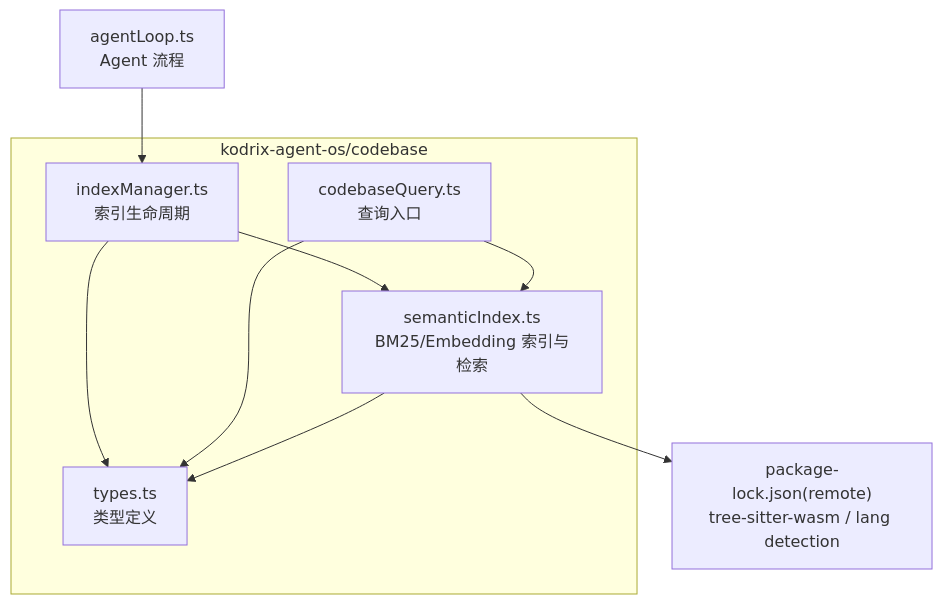
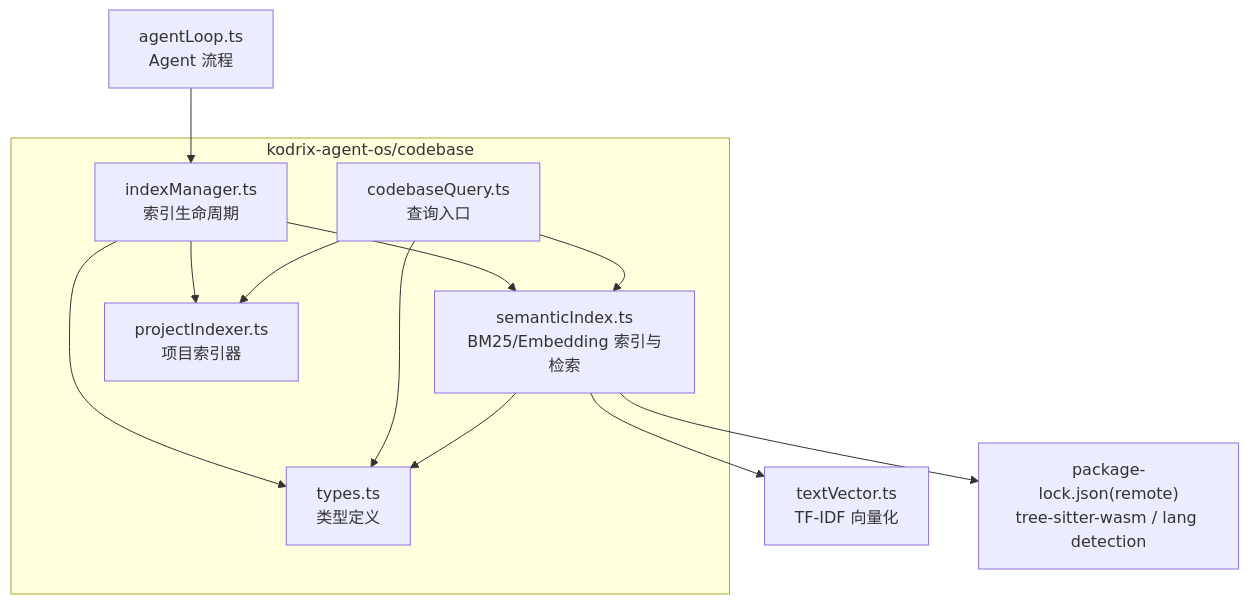
One commit to sofate798/KodrixCode changed the first of 6 diagrams in .qoder/repowiki/zh/content/架构设计/代码库智能架构/语义索引构建.md. Above: the diagram before and after it, drawn with Mermaid. The commit also changed other lines of this file and 4 other files, not shown here.

````diff
--- a/.qoder/repowiki/zh/content/架构设计/代码库智能架构/语义索引构建.md
+++ b/.qoder/repowiki/zh/content/架构设计/代码库智能架构/语义索引构建.md
@@ -44,18 +59,23 @@
 ```mermaid
 graph TB
 subgraph "kodrix-agent-os/codebase"
 T["types.ts<br/>类型定义"]
 SI["semanticIndex.ts<br/>BM25/Embedding 索引与检索"]
 CQ["codebaseQuery.ts<br/>查询入口"]
 IM["indexManager.ts<br/>索引生命周期"]
+PI["projectIndexer.ts<br/>项目索引器"]
 end
+U["textVector.ts<br/>TF-IDF 向量化"]
 AL["agentLoop.ts<br/>Agent 流程"]
 PL["package-lock.json(remote)<br/>tree-sitter-wasm / lang detection"]
 AL --> IM
 IM --> T
 IM --> SI
+IM --> PI
 CQ --> T
 CQ --> SI
+CQ --> PI
 SI --> T
+SI --> U
 SI --> PL
 ```
````
